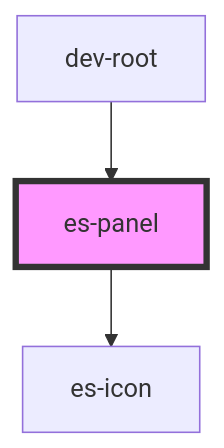
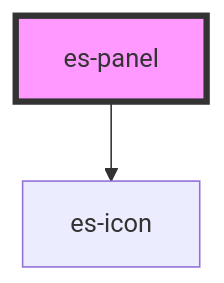
One commit to EventStore/Design-System changed the diagram in packages/layout/src/components/es-panel/readme.md. Above: the diagram before and after it, drawn with Mermaid. The commit also changed other lines of this file and 20 other files, not shown here.

Commit message:
Make es-nav leaves optionally strict - don't default to strict - add option to re-enable it - move dev-root to be a .demo component

````diff
--- a/packages/layout/src/components/es-panel/readme.md
+++ b/packages/layout/src/components/es-panel/readme.md
@@ -41,6 +37,5 @@
 ```mermaid
 graph TD;
   es-panel --> es-icon
-  dev-root --> es-panel
   style es-panel fill:#f9f,stroke:#333,stroke-width:4px
 ```
````
